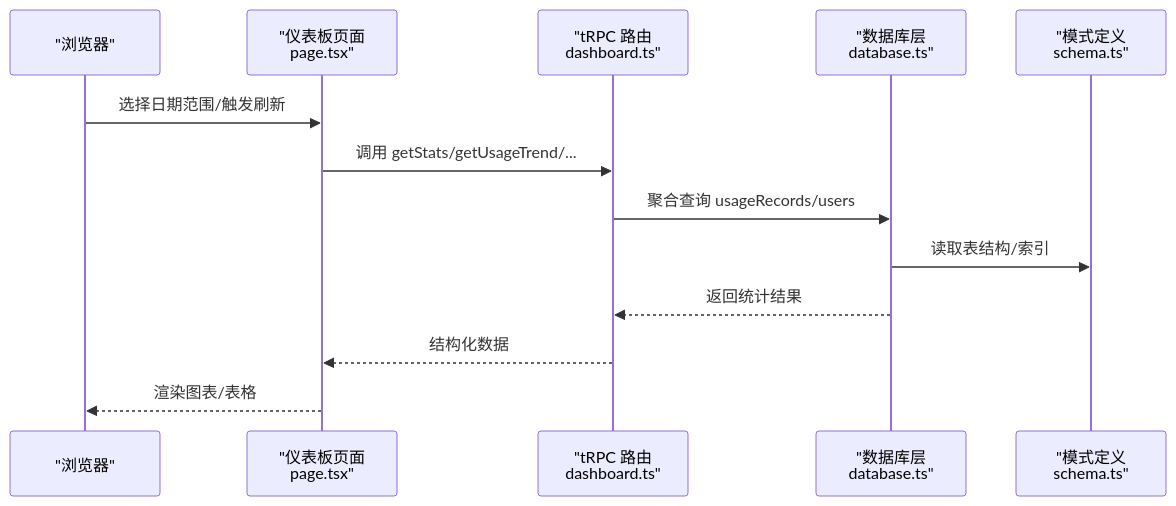
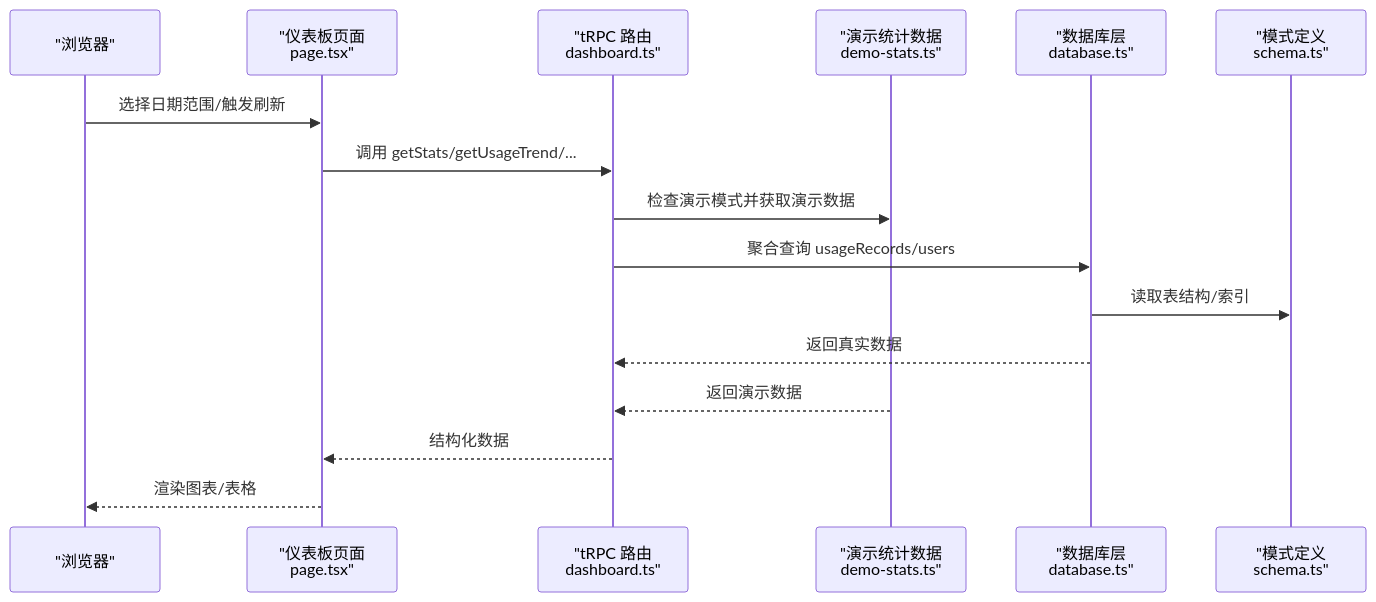
The second of 17 diagrams in .qoder/repowiki/zh/content/监控与分析/监控与分析.md (RadiumAg/AIGate), drawn with Mermaid before and after one commit. The commit also changed other lines of this file and 7 other files, not shown here.

````diff
--- a/.qoder/repowiki/zh/content/监控与分析/监控与分析.md
+++ b/.qoder/repowiki/zh/content/监控与分析/监控与分析.md
@@ -148,15 +170,18 @@
 ```mermaid
 sequenceDiagram
 participant Client as "浏览器"
 participant Page as "仪表板页面<br/>page.tsx"
 participant TRPC as "tRPC 路由<br/>dashboard.ts"
+participant DemoStats as "演示统计数据<br/>demo-stats.ts"
 participant DB as "数据库层<br/>database.ts"
 participant Schema as "模式定义<br/>schema.ts"
 Client->>Page : 选择日期范围/触发刷新
 Page->>TRPC : 调用 getStats/getUsageTrend/...
+TRPC->>DemoStats : 检查演示模式并获取演示数据
 TRPC->>DB : 聚合查询 usageRecords/users
 DB->>Schema : 读取表结构/索引
-DB-->>TRPC : 返回统计结果
+DB-->>TRPC : 返回真实数据
+DemoStats-->>TRPC : 返回演示数据
 TRPC-->>Page : 结构化数据
 Page-->>Client : 渲染图表/表格
 ```
````
